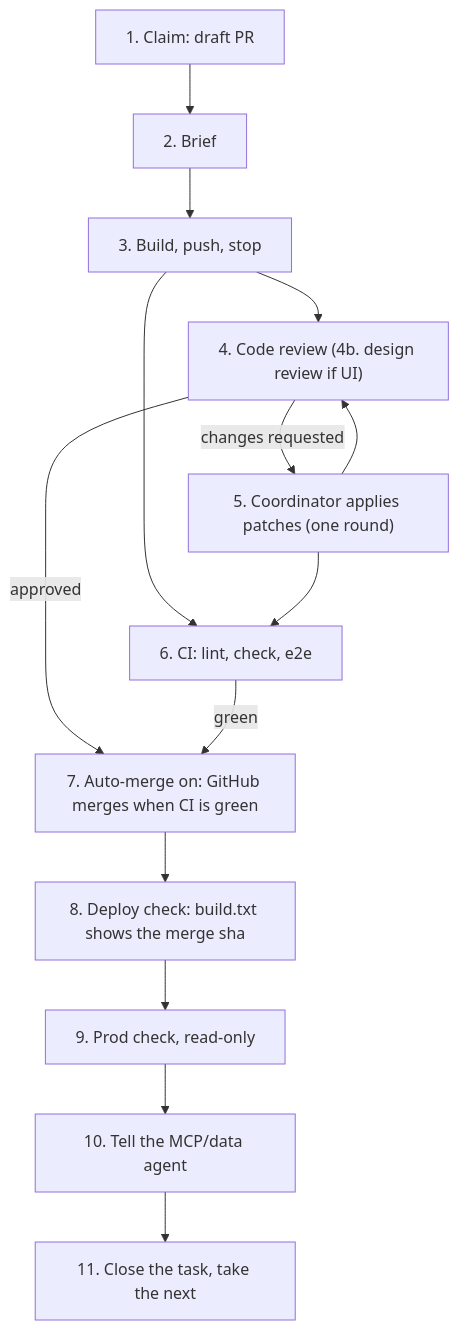
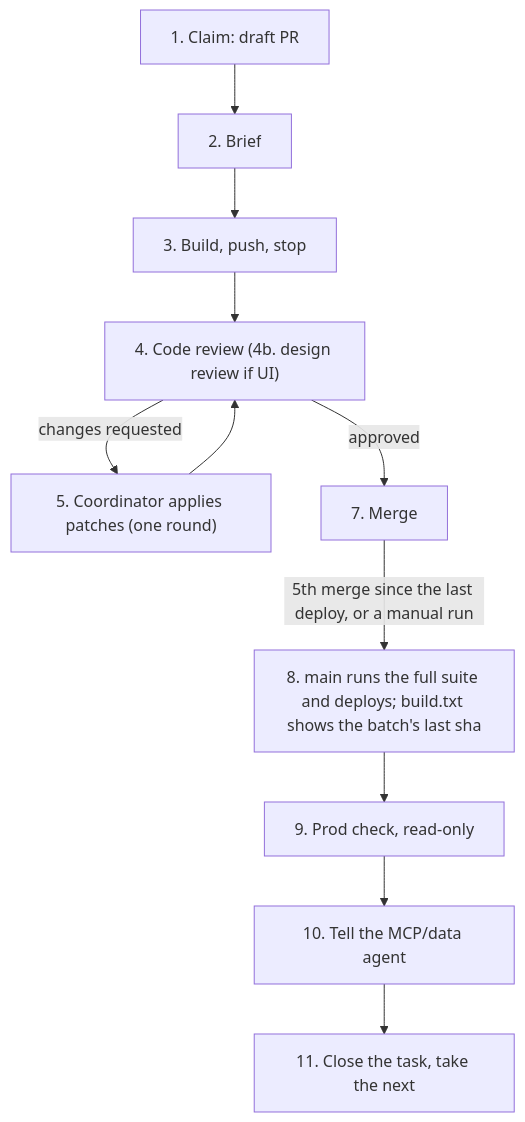
One commit to eliranRP/Flow changed the diagram in docs/backlog/README.md. Above: the diagram before and after it, drawn with Mermaid. The commit also changed other lines of this file and 9 other files, not shown here.

First line of the commit message:
CI: local pre-push checks on PRs; main deploys every 5 merges (#106)

````diff
--- a/docs/backlog/README.md
+++ b/docs/backlog/README.md
@@ -40,16 +40,13 @@
 ```mermaid
 flowchart TD
   A["1. Claim: draft PR"] --> B["2. Brief"]
   B --> C["3. Build, push, stop"]
   C --> D["4. Code review (4b. design review if UI)"]
-  C --> F["6. CI: lint, check, e2e"]
   D -->|"changes requested"| E["5. Coordinator applies patches (one round)"]
   E --> D
-  E --> F
-  D -->|"approved"| G["7. Auto-merge on: GitHub merges when CI is green"]
-  F -->|"green"| G
-  G --> H["8. Deploy check: build.txt shows the merge sha"]
+  D -->|"approved"| G["7. Merge"]
+  G -->|"5th merge since the last deploy, or a manual run"| H["8. main runs the full suite and deploys; build.txt shows the batch's last sha"]
   H --> I["9. Prod check, read-only"]
   I --> J["10. Tell the MCP/data agent"]
   J --> K["11. Close the task, take the next"]
 ```
````
